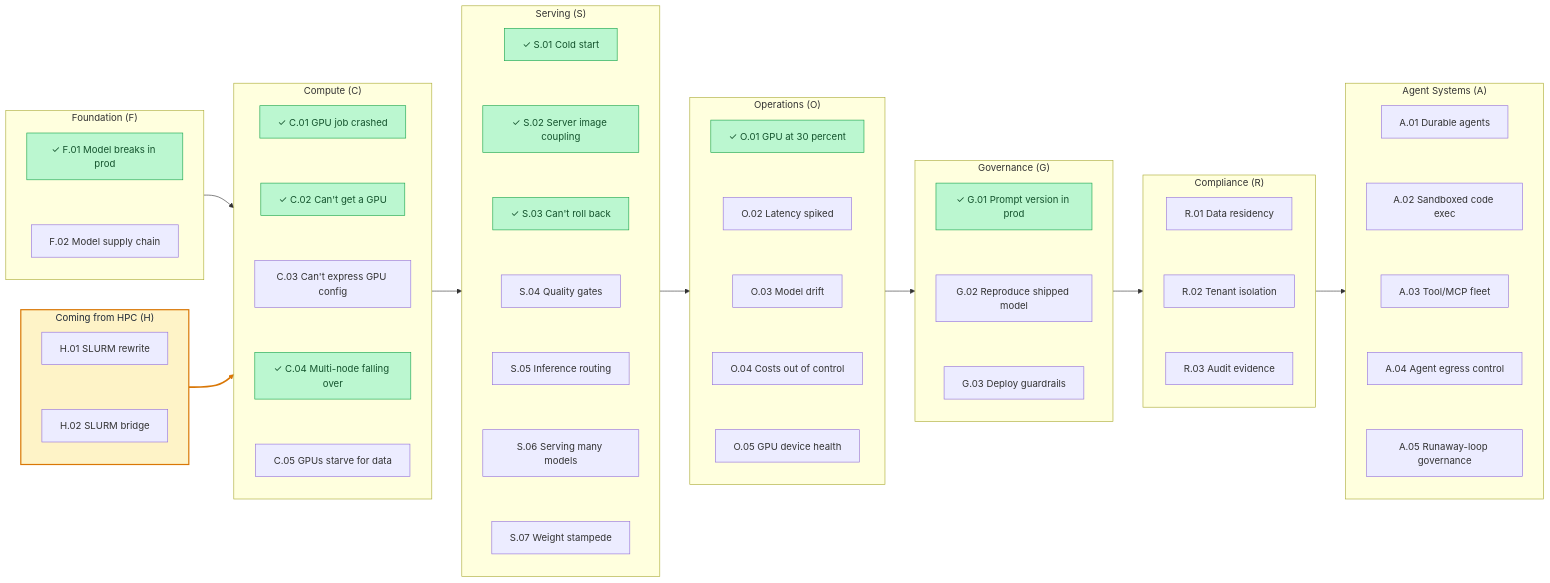
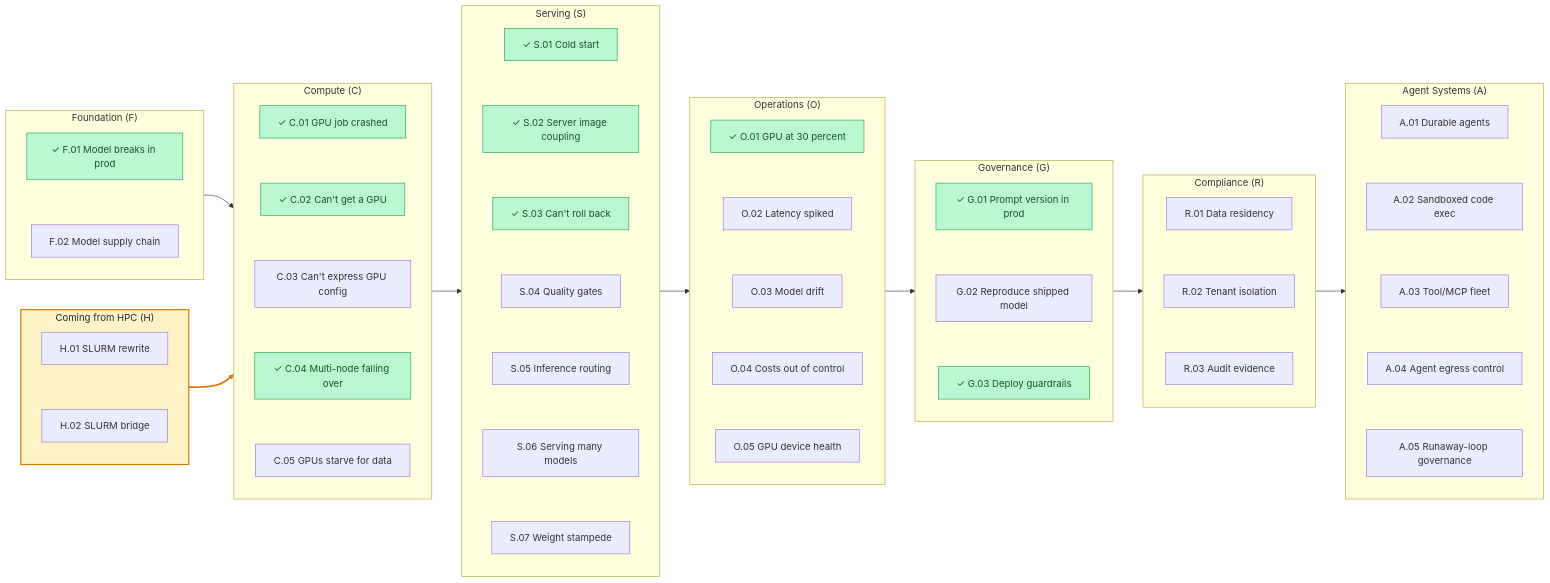
Before and after one commit to arun-gupta/the-pain-first-way: the diagram in README.md, drawn with Mermaid. The commit also changed 9 other files, not shown here.

First line of the commit message:
Build G.03 deploy-guardrails example (Kyverno admission control)

```diff
--- a/README.md
+++ b/README.md
@@ -72,7 +72,7 @@
         direction TB
         G01[✓ G.01 Prompt version in prod]
         G02[G.02 Reproduce shipped model]
-        G03[G.03 Deploy guardrails]
+        G03[✓ G.03 Deploy guardrails]
         G01 ~~~ G02
         G02 ~~~ G03
     end
@@ -105,7 +105,7 @@
     F --> C --> S --> O --> G --> R --> A
     H ==> C
     classDef avail fill:#bbf7d0,stroke:#16a34a,stroke-width:1px,color:#14532d;
-    class F01,C01,C02,C04,S01,S02,O01,S03,G01 avail;
+    class F01,C01,C02,C04,S01,S02,O01,S03,G01,G03 avail;
     style H fill:#fef3c7,stroke:#d97706,stroke-width:2px,color:#1f2937;
     linkStyle 30 stroke:#d97706,stroke-width:3px;
     click F01 "https://github.com/arun-gupta/the-pain-first-way/blob/main/pains/foundation/F01-model-works-locally.md"
```
